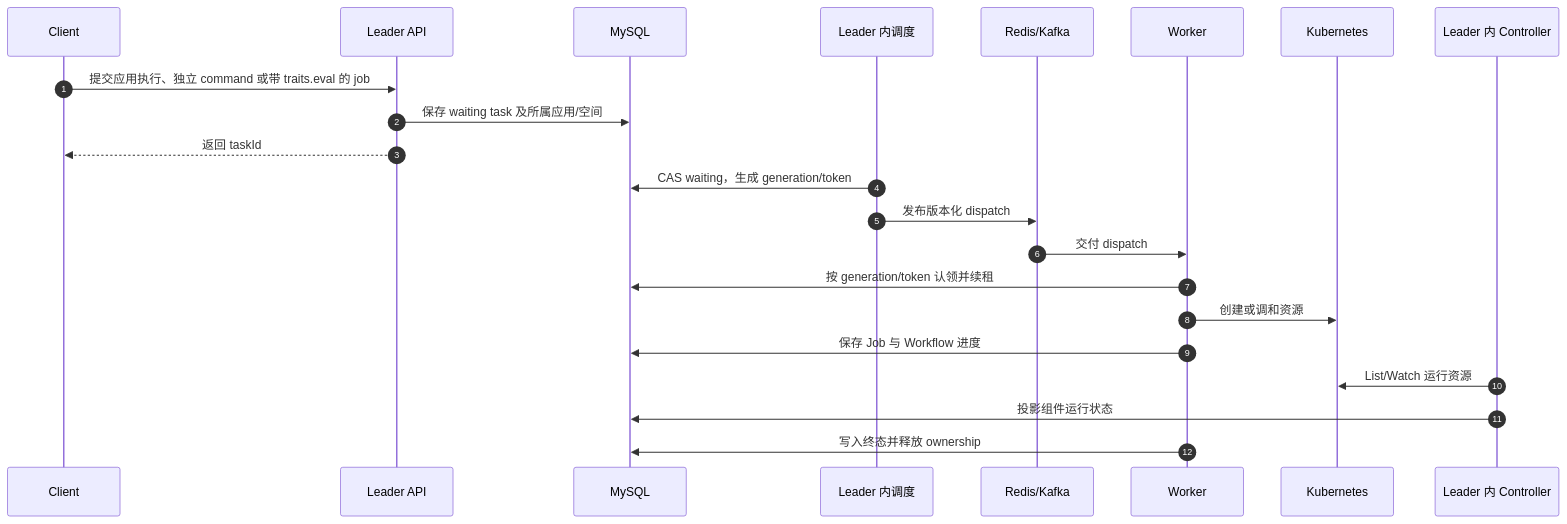
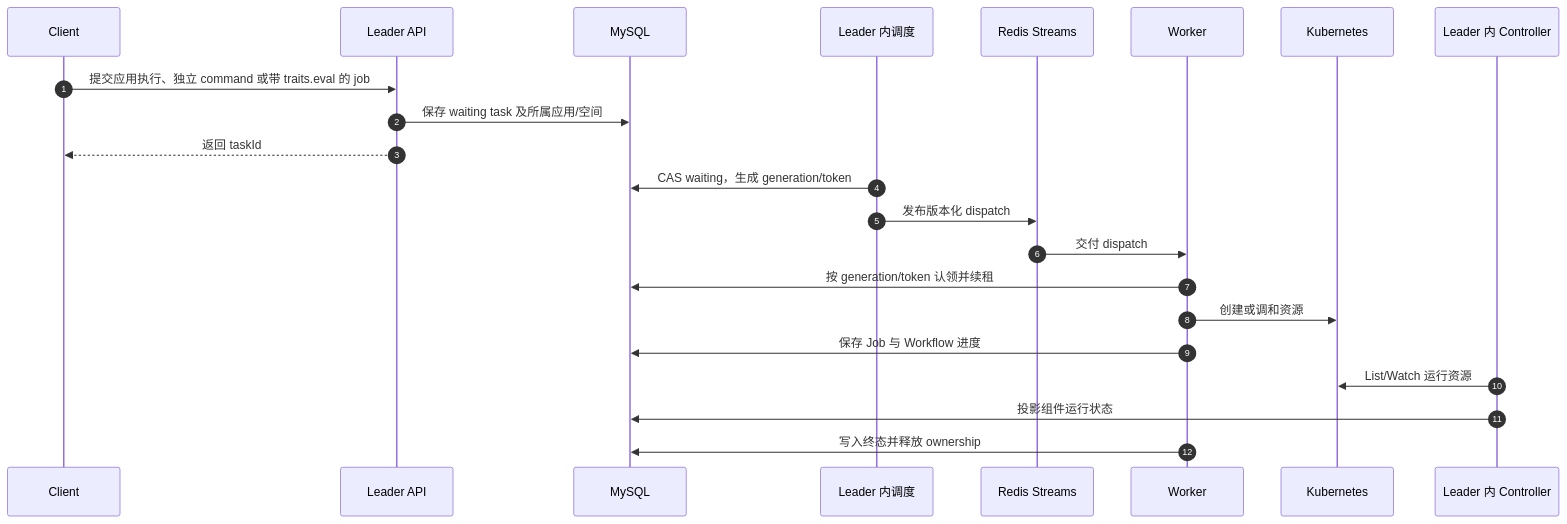
One commit to PixelCores/Eruun changed the second of 5 diagrams in docs/architecture-diagrams.md. Above: the diagram before and after it, drawn with Mermaid. The commit also changed other lines of this file and 74 other files, not shown here.

````diff
--- a/docs/architecture-diagrams.md
+++ b/docs/architecture-diagrams.md
@@ -37,25 +37,25 @@
 ```mermaid
 sequenceDiagram
     autonumber
     participant C as Client
     participant A as Leader API
     participant D as MySQL
     participant S as Leader 内调度
-    participant Q as Redis/Kafka
+    participant Q as Redis Streams
     participant W as Worker
     participant K as Kubernetes
     participant O as Leader 内 Controller
 
     C->>A: 提交应用执行、独立 command 或带 traits.eval 的 job
     A->>D: 保存 waiting task 及所属应用/空间
     A-->>C: 返回 taskId
     S->>D: CAS waiting，生成 generation/token
     S->>Q: 发布版本化 dispatch
     Q->>W: 交付 dispatch
     W->>D: 按 generation/token 认领并续租
     W->>K: 创建或调和资源
     W->>D: 保存 Job 与 Workflow 进度
     O->>K: List/Watch 运行资源
     O->>D: 投影组件运行状态
     W->>D: 写入终态并释放 ownership
 ```
````
